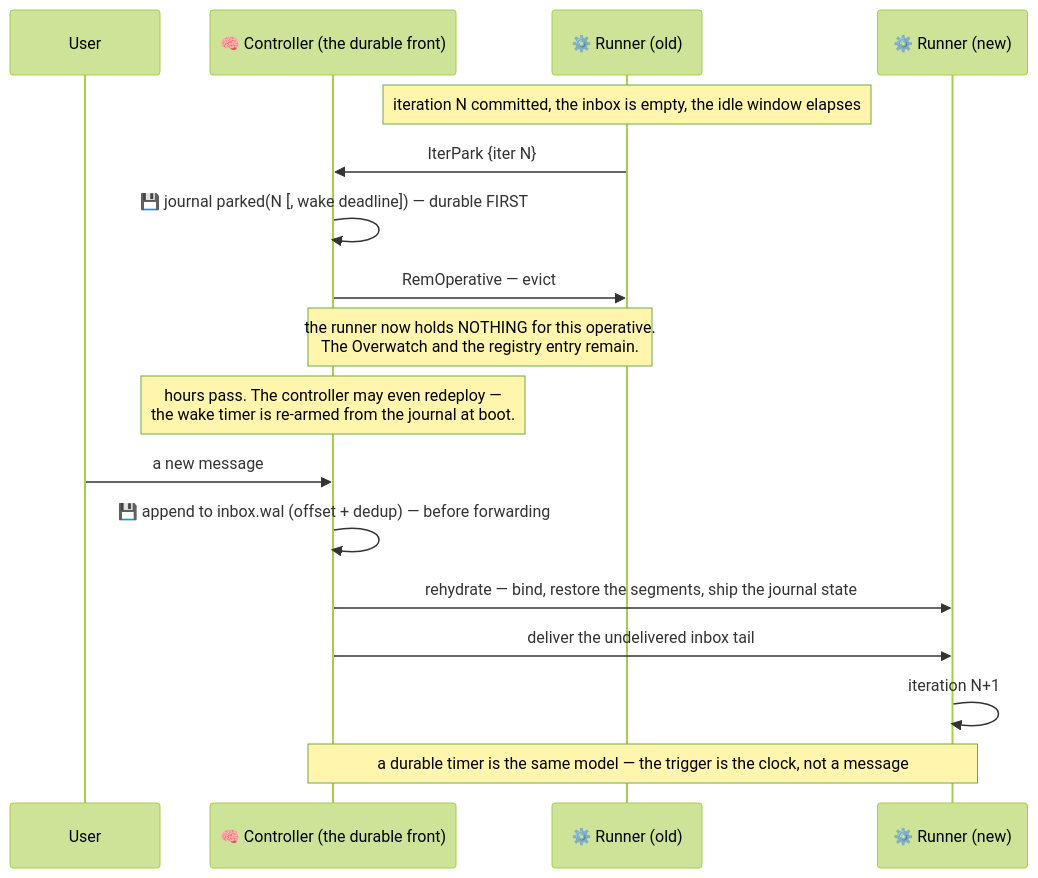
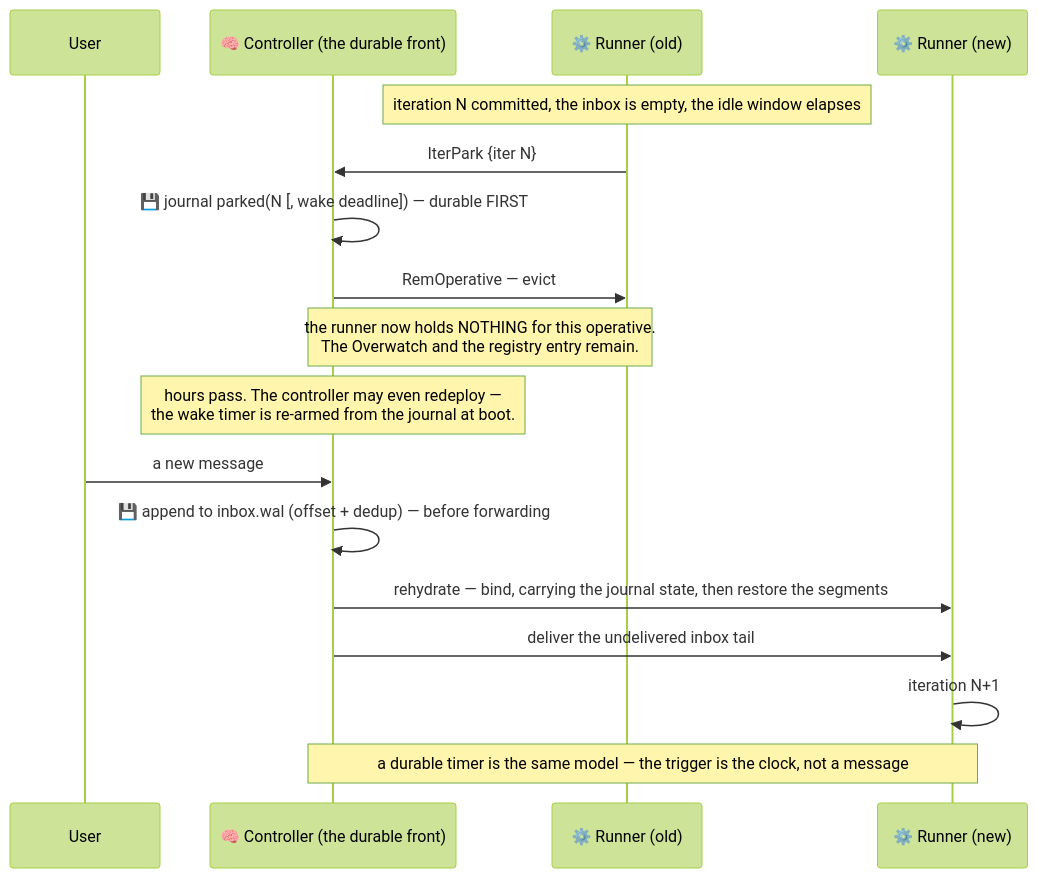
Before and after one commit to Flezha/flezha: the seventh of 8 diagrams in docs/architecture/bounded_profile.md, drawn with Mermaid (forest theme). The commit also changed other lines of this file and 25 other files, not shown here.

````diff
--- a/docs/architecture/bounded_profile.md
+++ b/docs/architecture/bounded_profile.md
@@ -325,22 +325,22 @@
 ```mermaid
 sequenceDiagram
     participant USER as User
     participant CTRL as 🧠 Controller (the durable front)
     participant EX1 as ⚙️ Runner (old)
     participant EX2 as ⚙️ Runner (new)
 
     Note over EX1: iteration N committed, the inbox is empty, the idle window elapses
     EX1->>CTRL: IterPark {iter N}
     CTRL->>CTRL: 💾 journal parked(N [, wake deadline]) — durable FIRST
     CTRL->>EX1: RemOperative — evict
     Note over CTRL,EX1: the runner now holds NOTHING for this operative.<br/>The Overwatch and the registry entry remain.
 
     Note over CTRL: hours pass. The controller may even redeploy —<br/>the wake timer is re-armed from the journal at boot.
 
     USER->>CTRL: a new message
     CTRL->>CTRL: 💾 append to inbox.wal (offset + dedup) — before forwarding
-    CTRL->>EX2: rehydrate — bind, restore the segments, ship the journal state
+    CTRL->>EX2: rehydrate — bind, carrying the journal state, then restore the segments
     CTRL->>EX2: deliver the undelivered inbox tail
     EX2->>EX2: iteration N+1
     Note over CTRL,EX2: a durable timer is the same model — the trigger is the clock, not a message
 ```
````
